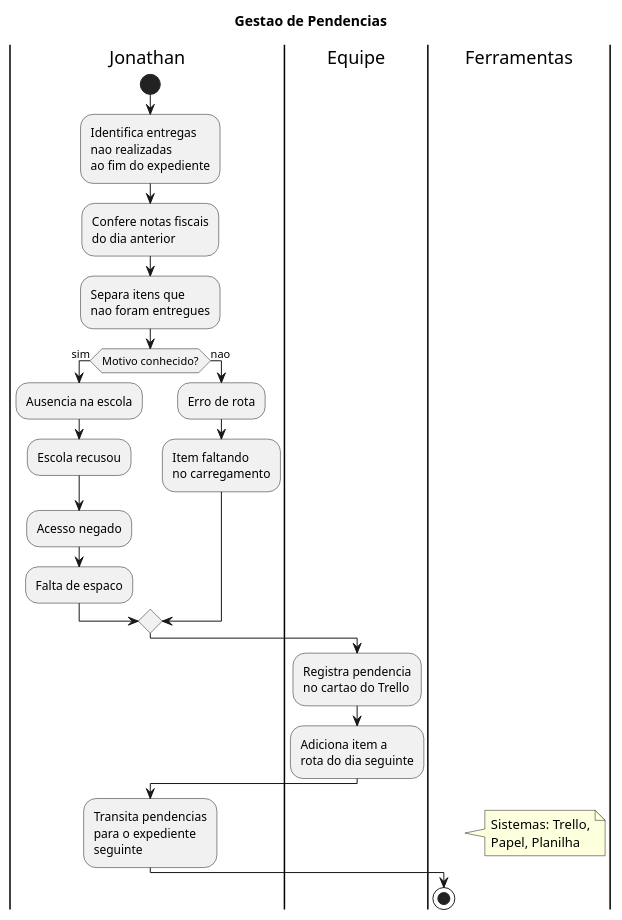
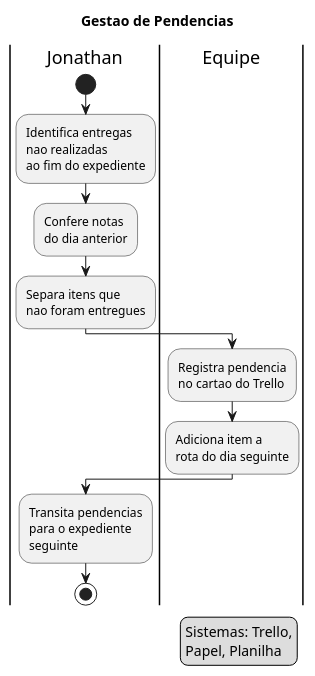
Before and after one commit to enzoguinossi/ProjetoFinalFAETEC: the diagram in docs/puml/fluxosAtuais/04_pendencia.puml, drawn with PlantUML. The commit also changed 7 other files, not shown here.

Commit message:
fix: 06_relatorio renamed to levantamento_estoque, corrected flow semantics

```diff
--- a/docs/puml/fluxosAtuais/04_pendencia.puml
+++ b/docs/puml/fluxosAtuais/04_pendencia.puml
@@ -1,46 +1,34 @@
 @startuml
 skinparam shadowing false
 title Gestao de Pendencias
 
 |Jonathan|
 start
 :Identifica entregas
 nao realizadas
 ao fim do expediente;
 
-:Confere notas fiscais
+:Confere notas
 do dia anterior;
 
 :Separa itens que
 nao foram entregues;
-
-if (Motivo conhecido?) then (sim)
-  :Ausencia na escola;
-  :Escola recusou;
-  :Acesso negado;
-  :Falta de espaco;
-else (nao)
-  :Erro de rota;
-  :Item faltando
-  no carregamento;
-endif
 
 |Equipe|
 :Registra pendencia
 no cartao do Trello;
 :Adiciona item a
 rota do dia seguinte;
 
 |Jonathan|
 :Transita pendencias
 para o expediente
 seguinte;
 
-|Ferramentas|
-note right
+legend right
   Sistemas: Trello,
   Papel, Planilha
-endnote
+endlegend
 
 stop
 @enduml
```
